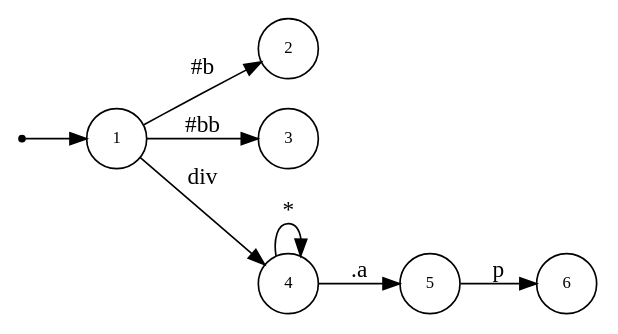
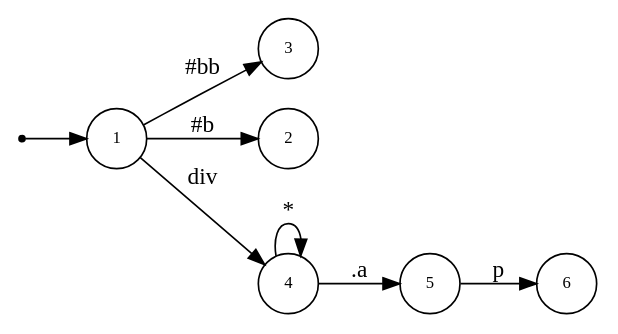
One commit to asukaminato0721/css-bitvector-compiler changed the diagram in css-gen-op/testcase/dot.dot. Above: the diagram before and after it, drawn with Graphviz. The commit also changed other lines of this file and 19 other files, not shown here.

```diff
--- a/css-gen-op/testcase/dot.dot
+++ b/css-gen-op/testcase/dot.dot
@@ -1,19 +1,19 @@
 digraph NFA {
   rankdir=LR;
   node [shape=circle, fontsize=10];
   __start [shape=point, label=""];
   __start -> 1;
+  5 [label="5"];
+  1 [label="1"];
+  3 [label="3"];
   2 [label="2"];
-  5 [label="5"];
-  3 [label="3"];
   6 [label="6"];
   4 [label="4"];
-  1 [label="1"];
   { node [shape=doublecircle]; 2 3 6 }
   1 -> 2 [label="#b"];
   1 -> 3 [label="#bb"];
   1 -> 4 [label="div"];
   4 -> 4 [label="*"];
   4 -> 5 [label=".a"];
   5 -> 6 [label="p"];
 }
```
